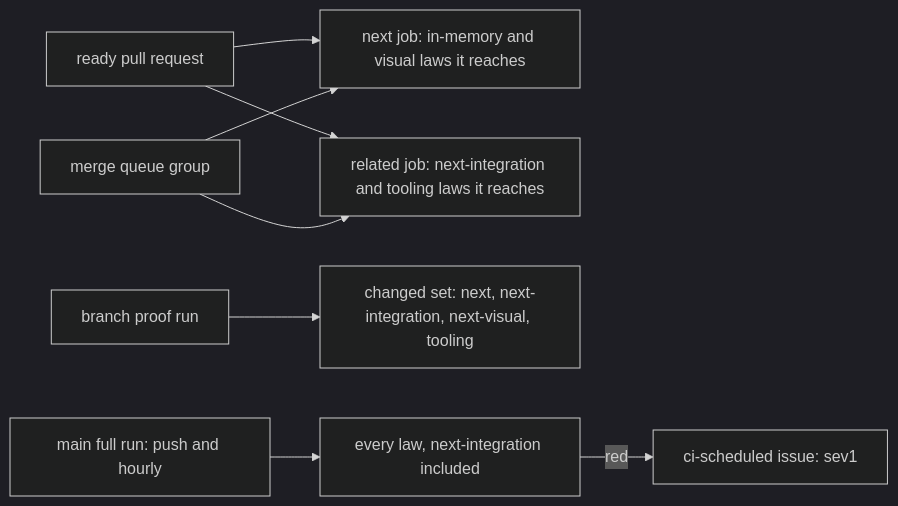
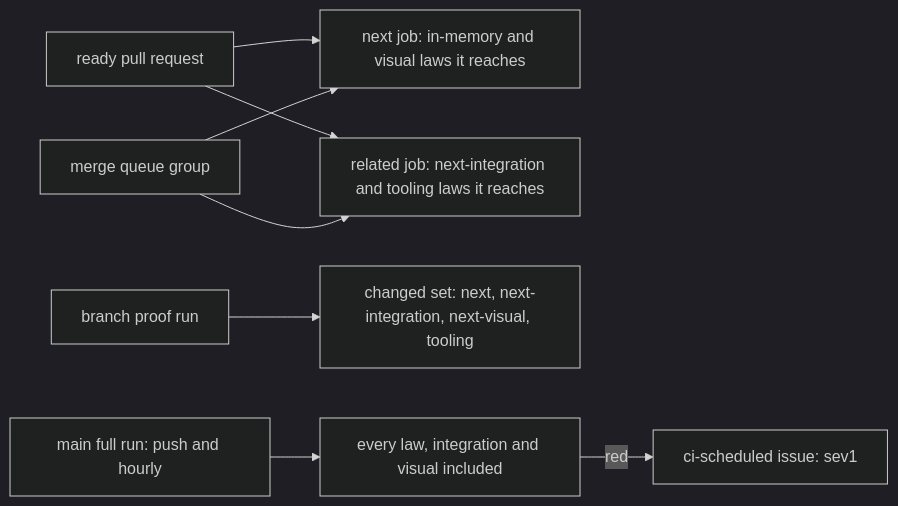
One commit to kamp-us/tea-fabrika changed the first of 2 diagrams in .decisions/0602-integration-laws-leave-merge-line.md. Above: the diagram before and after it, drawn with Mermaid (dark theme). The commit also changed other lines of this file, not shown here.

First line of the commit message:
Decision 0602 covers visual laws and tooling integration files too

````diff
--- a/.decisions/0602-integration-laws-leave-merge-line.md
+++ b/.decisions/0602-integration-laws-leave-merge-line.md
@@ -13,10 +13,10 @@
 ```mermaid
 flowchart LR
   pr["ready pull request"] --> next["next job: in-memory and visual laws it reaches"]
   queue["merge queue group"] --> next
   pr --> related["related job: next-integration and tooling laws it reaches"]
   queue --> related
   proof["branch proof run"] --> changed["changed set: next, next-integration, next-visual, tooling"]
-  main["main full run: push and hourly"] --> all["every law, next-integration included"]
+  main["main full run: push and hourly"] --> all["every law, integration and visual included"]
   all -- red --> issue["ci-scheduled issue: sev1"]
 ```
````
